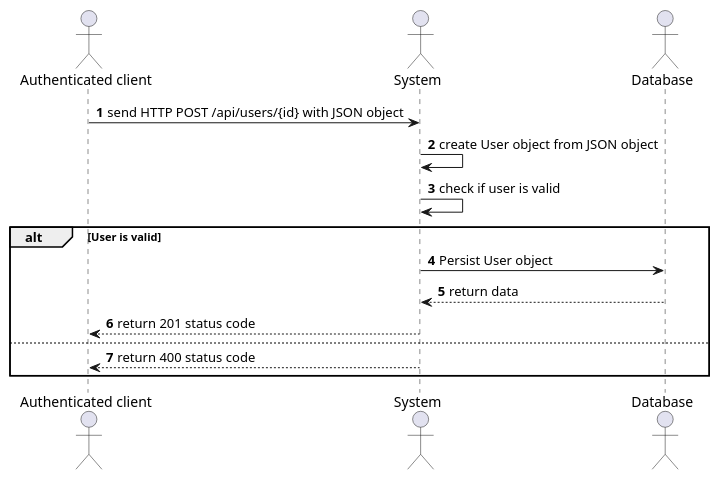
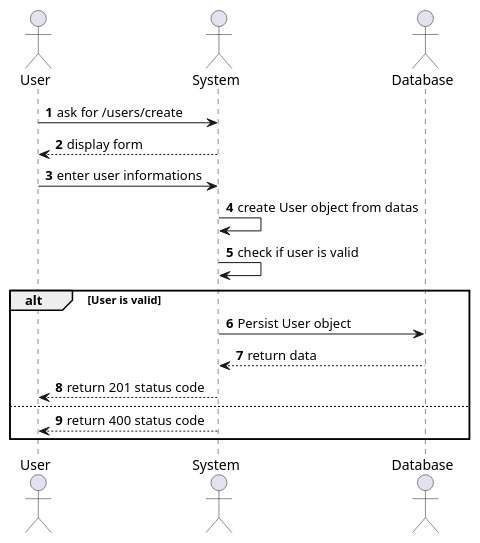
The diagram in diagrams/Sequences/UsersManagement/Sequence_AddUser.puml (Xwyk/todoco), drawn with PlantUML before and after one commit. The commit also changed 4 other files, not shown here.

Commit message:
diagrams update

```diff
--- a/diagrams/Sequences/UsersManagement/Sequence_AddUser.puml
+++ b/diagrams/Sequences/UsersManagement/Sequence_AddUser.puml
@@ -1,20 +1,22 @@
 @startuml
 'https://plantuml.com/sequence-diagram
 
 autonumber
 
-actor "Authenticated client" as client
+actor "User" as user
 actor System                as system
 actor Database              as db
 
-client  -> system  : send HTTP POST /api/users/{id} with JSON object
-system -> system  : create User object from JSON object
+user  -> system  : ask for /users/create
+system --> user : display form
+user -> system : enter user informations
+system -> system  : create User object from datas
 system -> system  : check if user is valid
 alt User is valid
     system -> db      : Persist User object
     system <-- db     : return data
-    client  <-- system : return 201 status code
+    user  <-- system : return 201 status code
 else
-    client  <-- system : return 400 status code
+    user  <-- system : return 400 status code
 end
 @enduml
```
